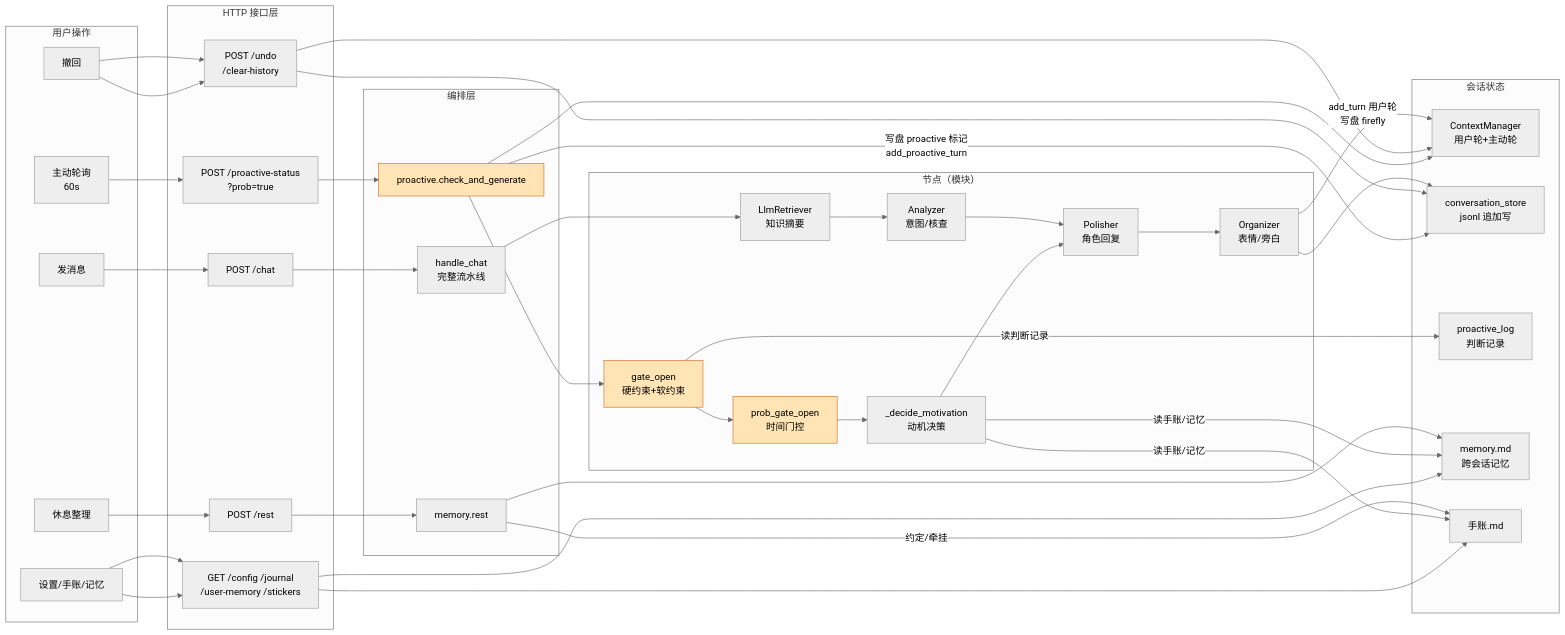
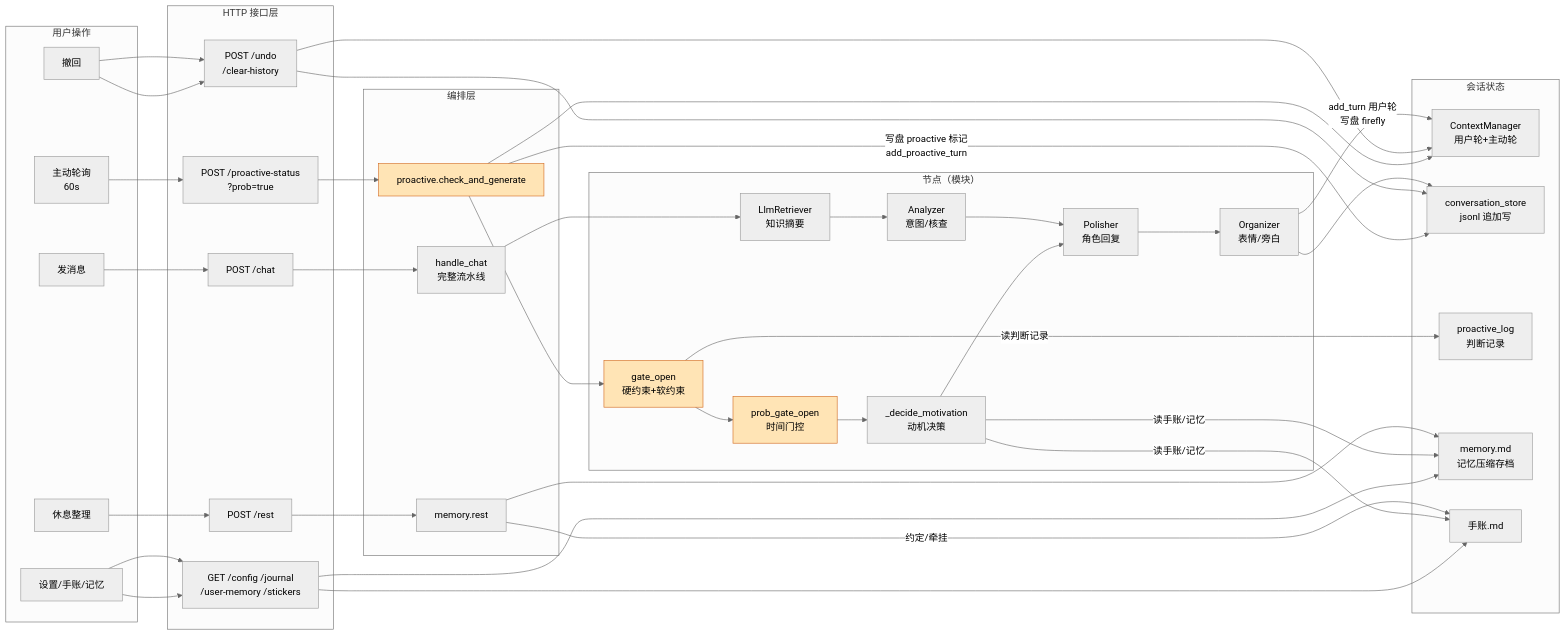
One commit to 10csc/firefly changed the diagram in docs/diagrams/数据流图.md. Above: the diagram before and after it, drawn with Mermaid (neutral theme). The commit also changed 42 other files, not shown here.

````diff
--- a/docs/diagrams/数据流图.md
+++ b/docs/diagrams/数据流图.md
@@ -1,62 +1,62 @@
 ```mermaid
 flowchart LR
     subgraph U["用户操作"]
         U1["发消息"] 
         U2["撤回"]
         U3["休息整理"]
         U4["主动轮询<br/>60s"]
         U5["设置/手账/记忆"]
     end
 
     subgraph API["HTTP 接口层"]
         A1["POST /chat"]
         A2["POST /undo<br/>/clear-history"]
         A3["POST /rest"]
         A4["POST /proactive-status<br/>?prob=true"]
         A5["GET /config /journal<br/>/user-memory /stickers"]
     end
 
     subgraph CORE["编排层"]
         C1["handle_chat<br/>完整流水线"]
         C2["proactive.check_and_generate"]
         C3["memory.rest"]
     end
 
     subgraph NODES["节点（模块）"]
         N1["LlmRetriever<br/>知识摘要"]
         N2["Analyzer<br/>意图/核查"]
         N3["Polisher<br/>角色回复"]
         N4["Organizer<br/>表情/旁白"]
         N5["_decide_motivation<br/>动机决策"]
         N6["gate_open<br/>硬约束+软约束"]
         N7["prob_gate_open<br/>时间门控"]
     end
 
     subgraph STATE["会话状态"]
         S1["ContextManager<br/>用户轮+主动轮"]
         S2["conversation_store<br/>jsonl 追加写"]
         S3["proactive_log<br/>判断记录"]
-        S4["memory.md<br/>跨会话记忆"]
+        S4["memory.md<br/>记忆压缩存档"]
         S5["手账.md"]
     end
 
     U1 --> A1 --> C1 --> N1 --> N2 --> N3 --> N4
     N4 -->|"add_turn 用户轮<br/>写盘 firefly"| S1
     N4 --> S2
     U2 --> A2 --> S1
     U2 --> A2 --> S2
     U3 --> A3 --> C3 --> S4
     C3 -->|"约定/牵挂"| S5
     U4 --> A4 --> C2 --> N6 --> N7 --> N5 --> N3
     N6 -->|"读判断记录"| S3
     N5 -->|"读手账/记忆"| S5
     N5 -->|"读手账/记忆"| S4
     C2 -->|"写盘 proactive 标记<br/>add_proactive_turn"| S2
     C2 --> S1
     U5 --> A5 --> S5
     U5 --> A5 --> S4
 
     style C2 fill:#ffe4b5,stroke:#d2691e
     style N6 fill:#ffe4b5,stroke:#d2691e
     style N7 fill:#ffe4b5,stroke:#d2691e
 ```
````
